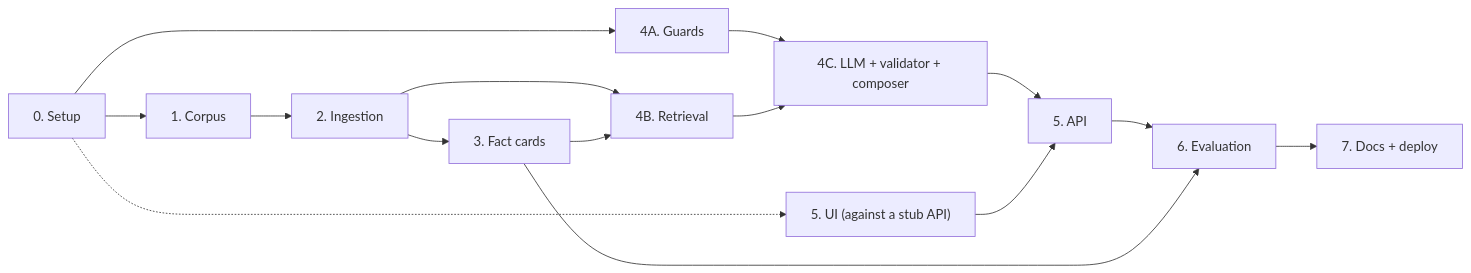
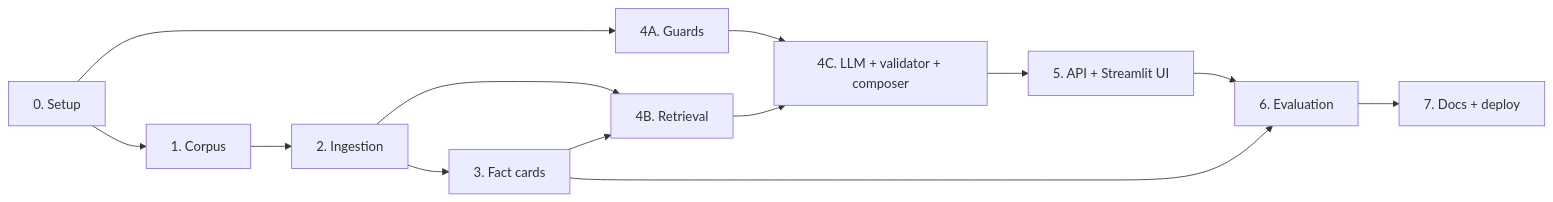
One commit to akashtickoo/growwChatBot changed the diagram in docs/implementation-plan.md. Above: the diagram before and after it, drawn with Mermaid. The commit also changed other lines of this file and 52 other files, not shown here.

````diff
--- a/docs/implementation-plan.md
+++ b/docs/implementation-plan.md
@@ -34,17 +36,15 @@
 ```mermaid
 flowchart LR
     P0["0. Setup"] --> P1["1. Corpus"]
     P1 --> P2["2. Ingestion"]
     P2 --> P3["3. Fact cards"]
     P0 --> P4A["4A. Guards"]
     P2 --> P4B["4B. Retrieval"]
     P3 --> P4B
     P4A --> P4C["4C. LLM + validator + composer"]
     P4B --> P4C
-    P0 -.-> P5UI["5. UI (against a stub API)"]
-    P4C --> P5["5. API"]
-    P5UI --> P5
+    P4C --> P5["5. API + Streamlit UI"]
     P5 --> P6["6. Evaluation"]
     P3 --> P6
     P6 --> P7["7. Docs + deploy"]
 ```
````
